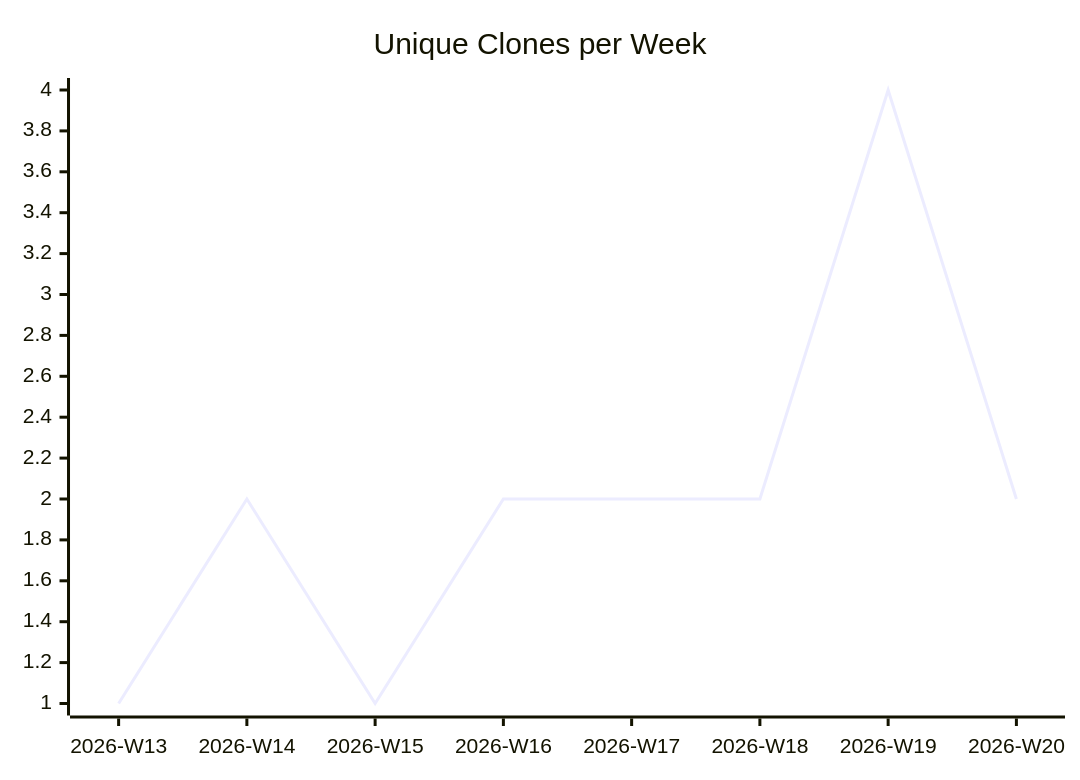
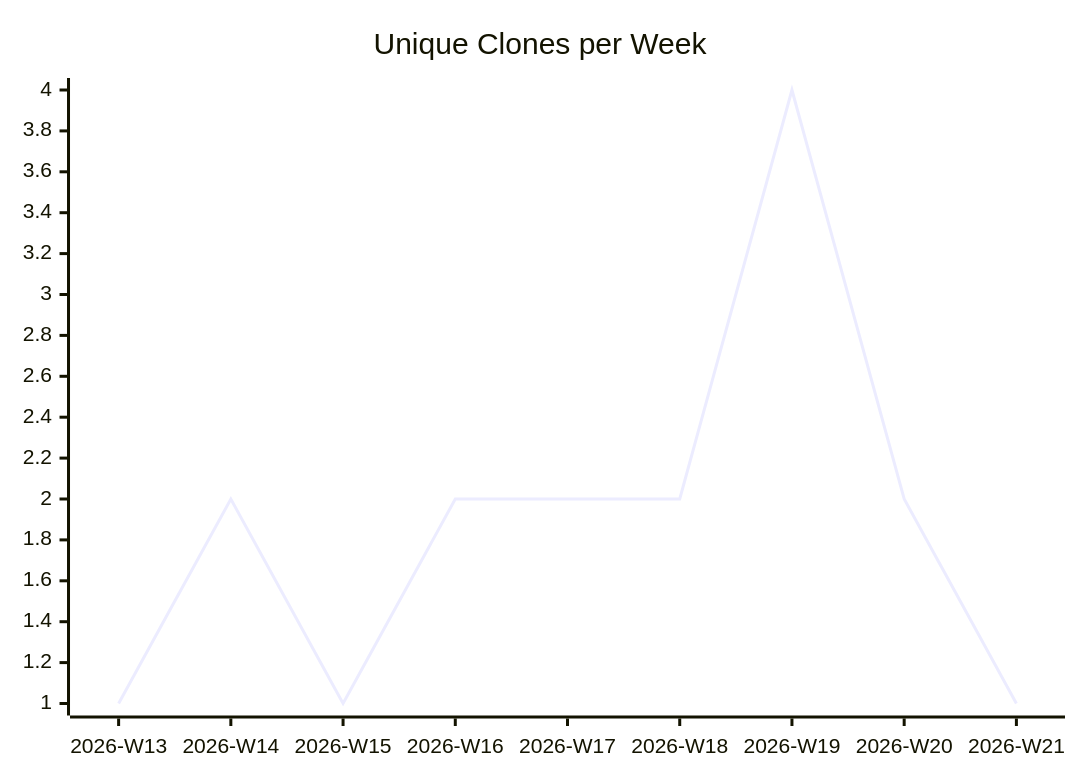
Before and after one commit to justdavis-family/github-analytics-data: the third of 3 diagrams in karlmdavis/sample-maven-and-rcp/README.md, drawn with Mermaid. The commit also changed other lines of this file and 189 other files, not shown here.

````diff
--- a/karlmdavis/sample-maven-and-rcp/README.md
+++ b/karlmdavis/sample-maven-and-rcp/README.md
@@ -19,6 +19,6 @@
 ```mermaid
 xychart-beta
   title "Unique Clones per Week"
-  x-axis ["2026-W13", "2026-W14", "2026-W15", "2026-W16", "2026-W17", "2026-W18", "2026-W19", "2026-W20"]
-  line [1, 2, 1, 2, 2, 2, 4, 2]
+  x-axis ["2026-W13", "2026-W14", "2026-W15", "2026-W16", "2026-W17", "2026-W18", "2026-W19", "2026-W20", "2026-W21"]
+  line [1, 2, 1, 2, 2, 2, 4, 2, 1]
 ```
````
